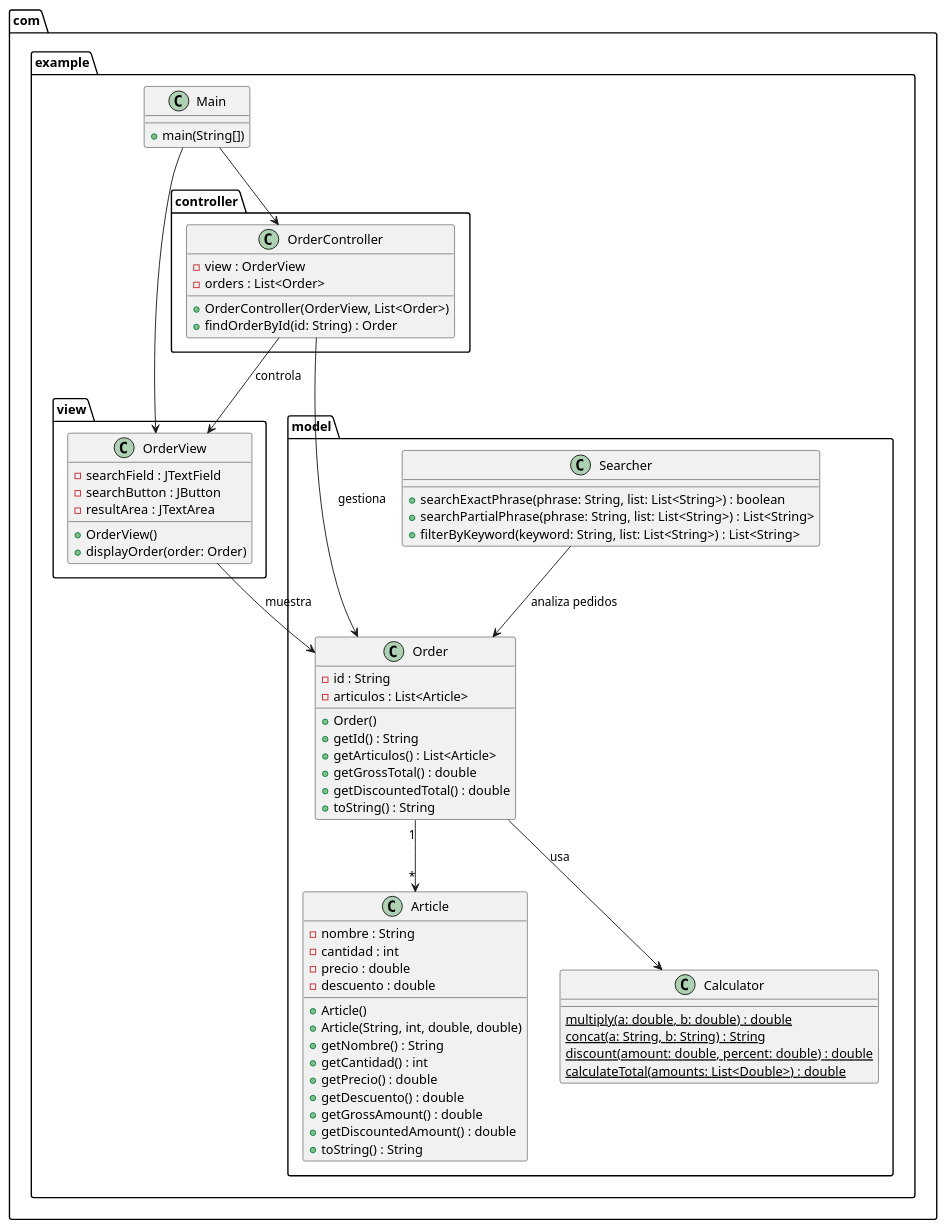
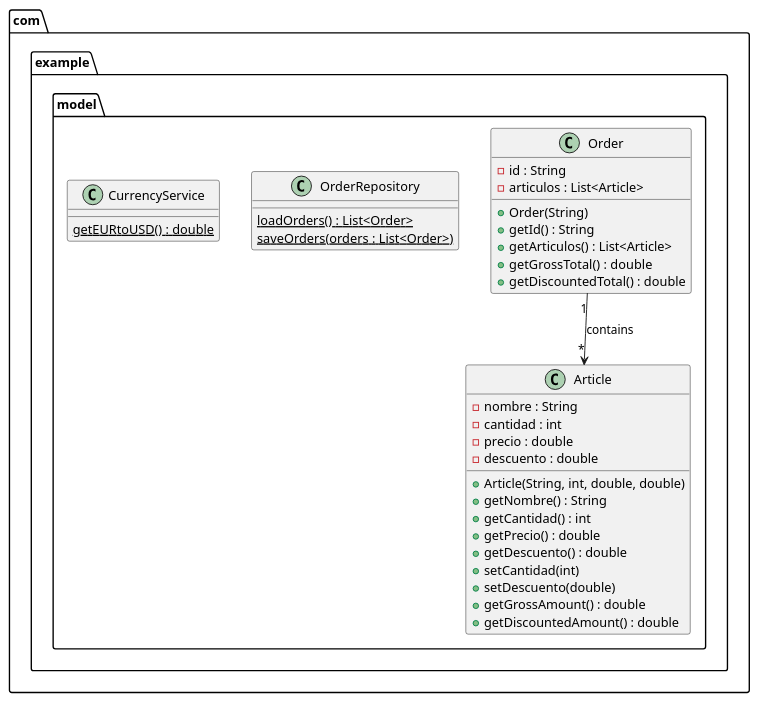
Before and after one commit to SebastianSubra/sebastian-subra: the diagram in demo/src/main/resources/plantuml/clases.puml, drawn with PlantUML. The commit also changed 9 other files, not shown here.

```diff
--- a/demo/src/main/resources/plantuml/clases.puml
+++ b/demo/src/main/resources/plantuml/clases.puml
@@ -1,91 +1,45 @@
 @startuml
 
-' ============================================================
-'                     PAQUETES / ORGANIZACIÓN
-' ============================================================
+package "com.example.model" {
 
-package "com.example.model" {
     class Article {
         - nombre : String
         - cantidad : int
         - precio : double
         - descuento : double
 
-        + Article()
         + Article(String, int, double, double)
         + getNombre() : String
         + getCantidad() : int
         + getPrecio() : double
         + getDescuento() : double
+        + setCantidad(int)
+        + setDescuento(double)
         + getGrossAmount() : double
         + getDiscountedAmount() : double
-        + toString() : String
-    }
-
-    class Calculator {
-        {static} multiply(a: double, b: double) : double
-        {static} concat(a: String, b: String) : String
-        {static} discount(amount: double, percent: double) : double
-        {static} calculateTotal(amounts: List<Double>) : double
     }
 
     class Order {
         - id : String
         - articulos : List<Article>
 
-        + Order()
+        + Order(String)
         + getId() : String
         + getArticulos() : List<Article>
         + getGrossTotal() : double
         + getDiscountedTotal() : double
-        + toString() : String
     }
 
-    class Searcher {
-        + searchExactPhrase(phrase: String, list: List<String>) : boolean
-        + searchPartialPhrase(phrase: String, list: List<String>) : List<String>
-        + filterByKeyword(keyword: String, list: List<String>) : List<String>
+    class OrderRepository {
+        {static} loadOrders() : List<Order>
+        {static} saveOrders(orders : List<Order>)
+    }
+
+    class CurrencyService {
+        {static} getEURtoUSD() : double
     }
 }
 
-package "com.example.view" {
-    class OrderView {
-        - searchField : JTextField
-        - searchButton : JButton
-        - resultArea : JTextArea
-
-        + OrderView()
-        + displayOrder(order: Order)
-    }
-}
-
-package "com.example.controller" {
-    class OrderController {
-        - view : OrderView
-        - orders : List<Order>
-
-        + OrderController(OrderView, List<Order>)
-        + findOrderById(id: String) : Order
-    }
-}
-
-package "com.example" {
-    class Main {
-        + main(String[])
-    }
-}
-
-' ============================================================
-'                           RELACIONES
-' ============================================================
-
-Order "1" --> "*" Article
-Order --> Calculator : usa
-Searcher --> Order : analiza pedidos
-OrderController --> OrderView : controla
-OrderController --> Order : gestiona
-OrderView --> Order : muestra
-Main --> OrderController
-Main --> OrderView
+Order "1" --> "*" Article : contains
 
 @enduml
```
